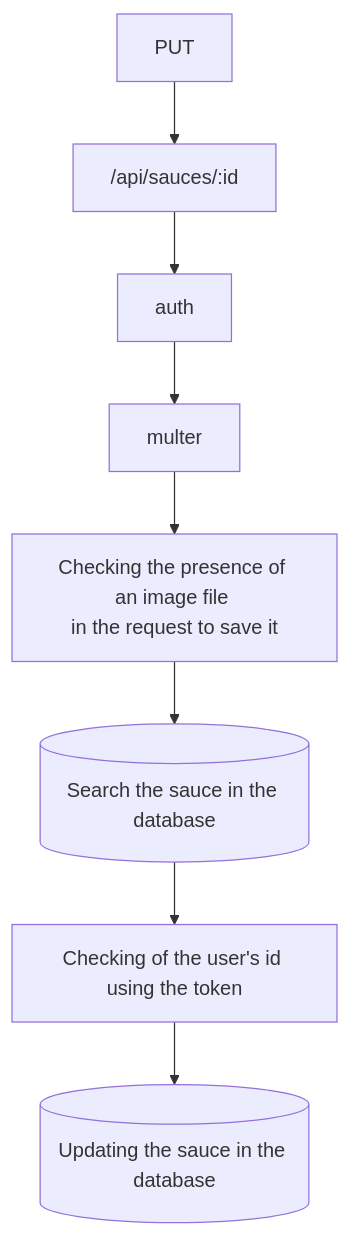
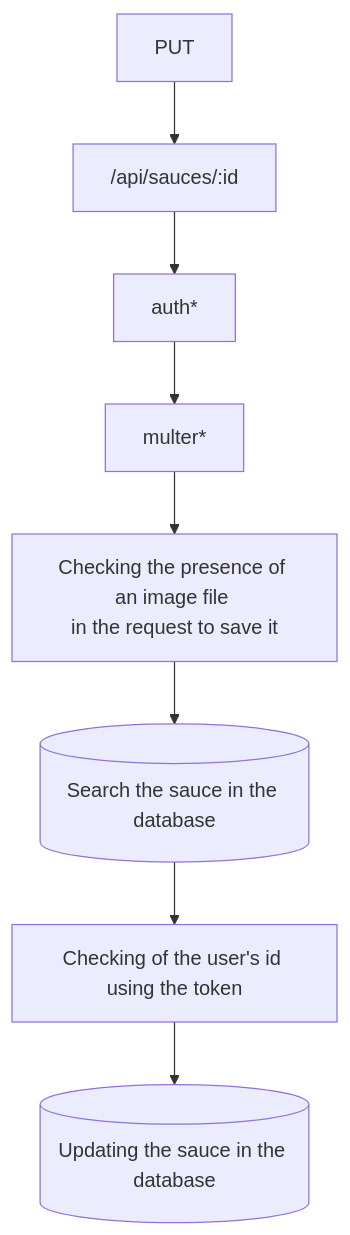
One commit to Krock13/Piiquante changed the sixth of 7 diagrams in README.md. Above: the diagram before and after it, drawn with Mermaid. The commit also changed other lines of this file, not shown here.

````diff
--- a/README.md
+++ b/README.md
@@ -134,17 +134,17 @@
 ```mermaid
 graph  TD  
 
 A[PUT]  -->  B["/"api/sauces/:id]
 
-B  -->  C[auth]
+B  -->  C[auth*]
 
-C  -->  D[multer]
+C  -->  D[multer*]
 
 D  -->  E[Checking the presence of an image file <br />in the request to save it]
 
 E  -->  F[(Search the sauce in the database)]
 
 F  -->  G[Checking of the user's id using the token]
 
 G  -->  H[(Updating the sauce in the database)]
 ```
````
